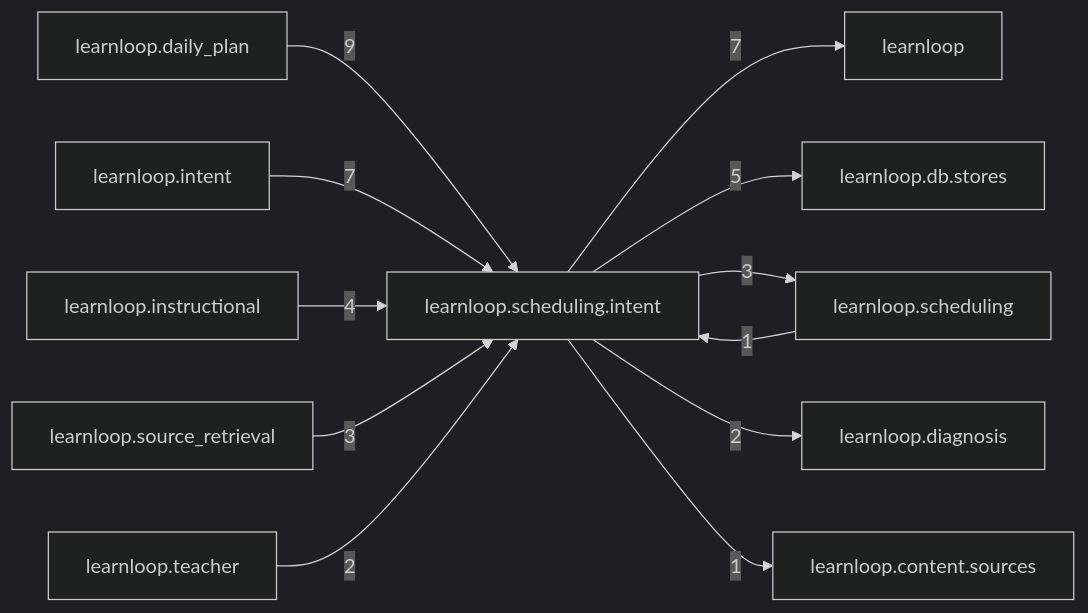
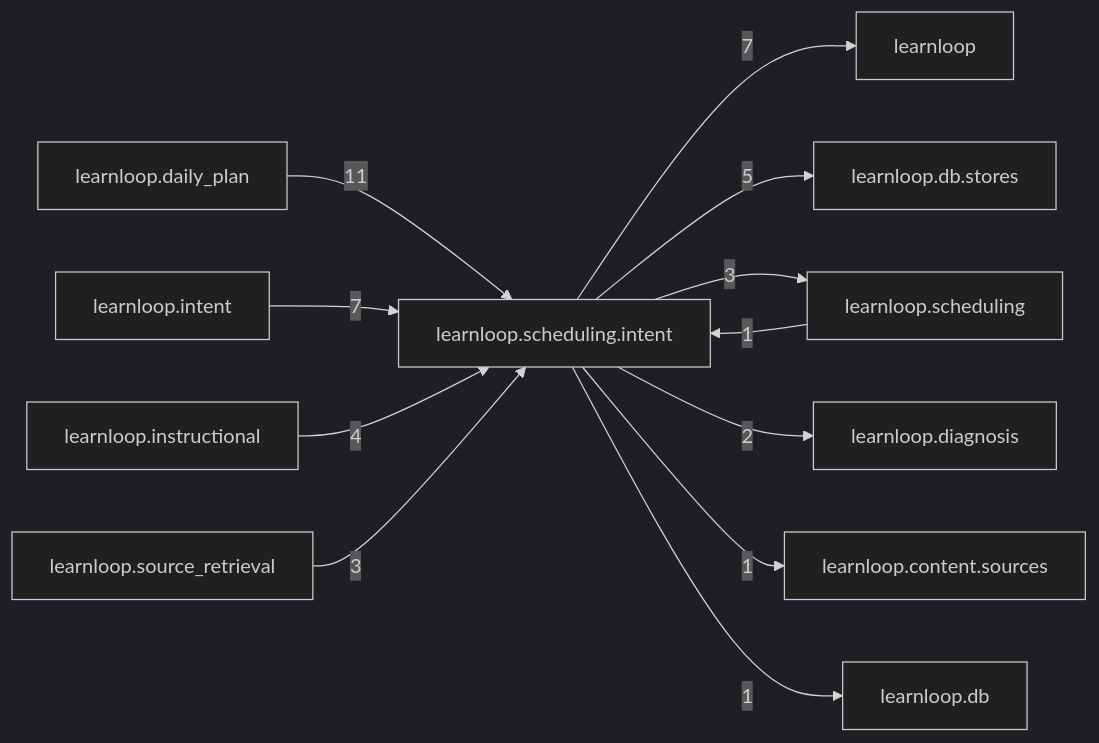
The diagram in docs/learnloop-architecture-vault/Reference/Modules/learnloop/scheduling/intent/_package.md (6up-b/learnanything), drawn with Mermaid (dark theme) before and after one commit. The commit also changed other lines of this file and 69 other files, not shown here.

````diff
--- a/docs/learnloop-architecture-vault/Reference/Modules/learnloop/scheduling/intent/_package.md
+++ b/docs/learnloop-architecture-vault/Reference/Modules/learnloop/scheduling/intent/_package.md
@@ -85,25 +84,25 @@
 ```mermaid
 flowchart LR
     center["learnloop.scheduling.intent"]
     n_learnloop_daily_plan["learnloop.daily_plan"]
     n_learnloop["learnloop"]
     n_learnloop_intent["learnloop.intent"]
     n_learnloop_db_stores["learnloop.db.stores"]
     n_learnloop_instructional["learnloop.instructional"]
     n_learnloop_scheduling["learnloop.scheduling"]
     n_learnloop_source_retrieval["learnloop.source_retrieval"]
     n_learnloop_diagnosis["learnloop.diagnosis"]
-    n_learnloop_teacher["learnloop.teacher"]
     n_learnloop_content_sources["learnloop.content.sources"]
-    n_learnloop_daily_plan -->|9| center
+    n_learnloop_db["learnloop.db"]
+    n_learnloop_daily_plan -->|11| center
     center -->|7| n_learnloop
     n_learnloop_intent -->|7| center
     center -->|5| n_learnloop_db_stores
     n_learnloop_instructional -->|4| center
     n_learnloop_scheduling -->|1| center
     center -->|3| n_learnloop_scheduling
     n_learnloop_source_retrieval -->|3| center
     center -->|2| n_learnloop_diagnosis
-    n_learnloop_teacher -->|2| center
     center -->|1| n_learnloop_content_sources
+    center -->|1| n_learnloop_db
 ```
````
